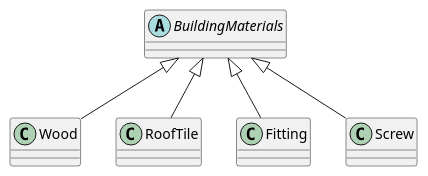
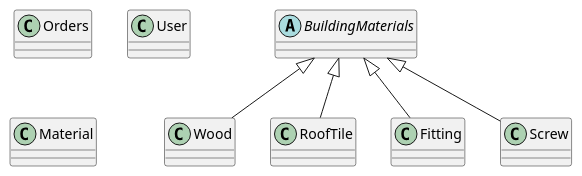
The diagram in src/main/resources/DomainActual.puml (EmmsDK/Fog-projekt), drawn with PlantUML before and after one commit. The commit also changed 2 other files, not shown here.

Commit message:
activitydiagram

```diff
--- a/src/main/resources/DomainActual.puml
+++ b/src/main/resources/DomainActual.puml
@@ -1,21 +1,17 @@
 @startuml
 'https://plantuml.com/class-diagram
 
 Abstract Class BuildingMaterials
 Class Wood extends BuildingMaterials
 Class RoofTile extends BuildingMaterials
 Class Fitting extends BuildingMaterials
 Class Screw extends BuildingMaterials
 
-
-
-
-
-
-
-
+Class Orders
+Class User
+Class Material
 
 
 
 
 @enduml
```
